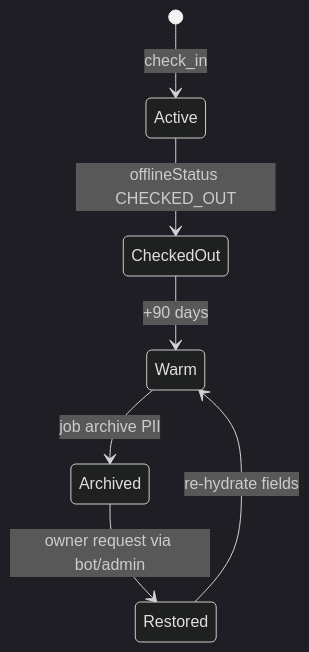
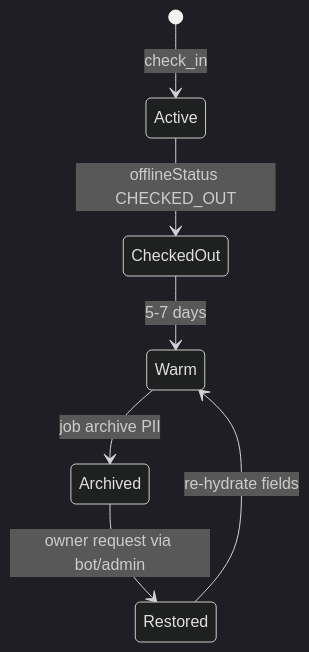
One commit to Xzba626/Tajstay.tj changed the third of 3 diagrams in docs/PMS-RBAC-SYNC.md. Above: the diagram before and after it, drawn with Mermaid (dark theme). The commit also changed other lines of this file and 3 other files, not shown here.

````diff
--- a/docs/PMS-RBAC-SYNC.md
+++ b/docs/PMS-RBAC-SYNC.md
@@ -284,9 +293,9 @@
 ```mermaid
 stateDiagram-v2
   [*] --> Active: check_in
   Active --> CheckedOut: offlineStatus CHECKED_OUT
-  CheckedOut --> Warm: +90 days
+  CheckedOut --> Warm: 5-7 days
   Warm --> Archived: job archive PII
   Archived --> Restored: owner request via bot/admin
   Restored --> Warm: re-hydrate fields
 ```
````
